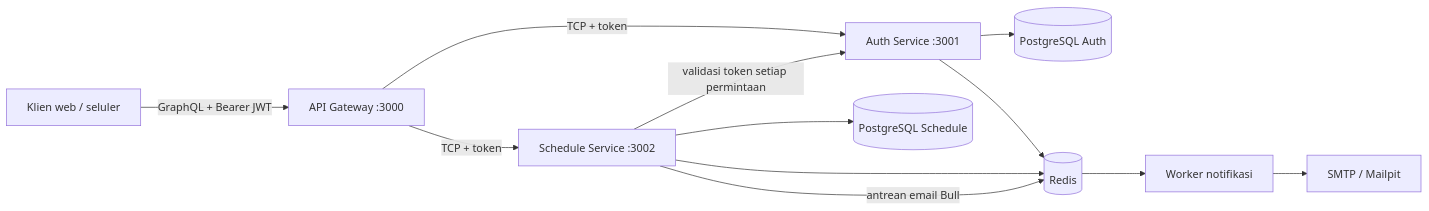
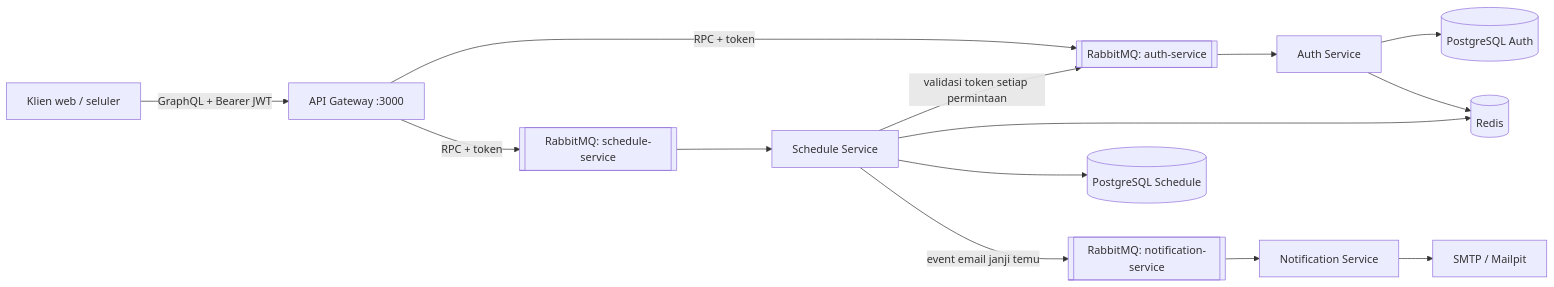
Before and after one commit to radenraflyy/be-healthcare-schedule-system: the diagram in README.md, drawn with Mermaid. The commit also changed other lines of this file and 18 other files, not shown here.

````diff
--- a/README.md
+++ b/README.md
@@ -7,14 +7,16 @@
 ```mermaid
 flowchart LR
   FE[Klien web / seluler] -->|GraphQL + Bearer JWT| GW[API Gateway :3000]
-  GW -->|TCP + token| AUTH[Auth Service :3001]
-  GW -->|TCP + token| SCHED[Schedule Service :3002]
-  SCHED -->|validasi token setiap permintaan| AUTH
+  GW -->|RPC + token| AUTHQ[[RabbitMQ: auth-service]]
+  GW -->|RPC + token| SCHEDQ[[RabbitMQ: schedule-service]]
+  AUTHQ --> AUTH[Auth Service]
+  SCHEDQ --> SCHED[Schedule Service]
+  SCHED -->|validasi token setiap permintaan| AUTHQ
+  SCHED -->|event email janji temu| EMAILQ[[RabbitMQ: notification-service]]
+  EMAILQ --> NOTIFY[Notification Service]
   AUTH --> AUTHDB[(PostgreSQL Auth)]
   SCHED --> SCHEDDB[(PostgreSQL Schedule)]
   AUTH --> REDIS[(Redis)]
   SCHED --> REDIS
-  SCHED -->|antrean email Bull| REDIS
-  REDIS --> NOTIFY[Worker notifikasi]
   NOTIFY --> SMTP[SMTP / Mailpit]
 ```
````
